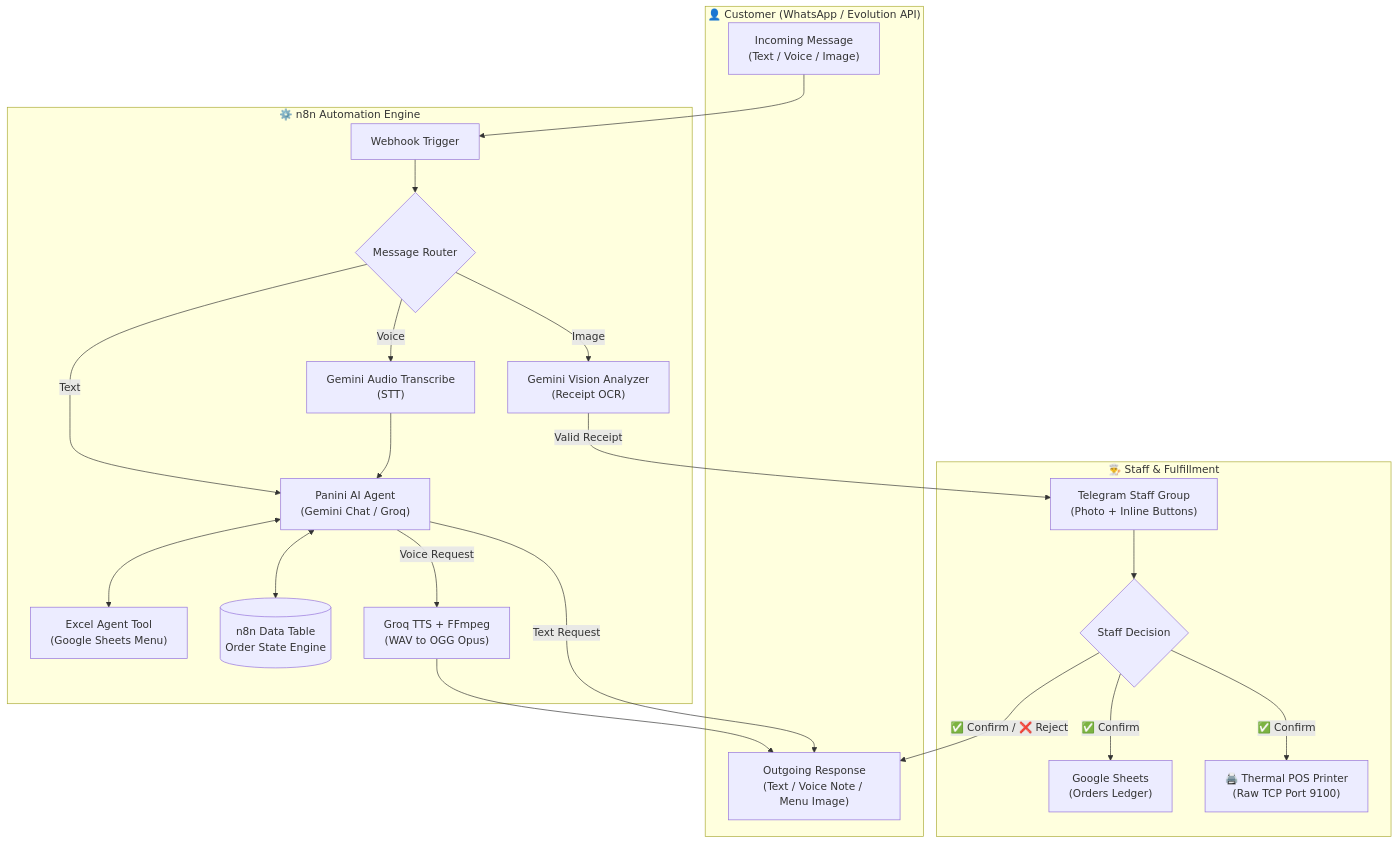
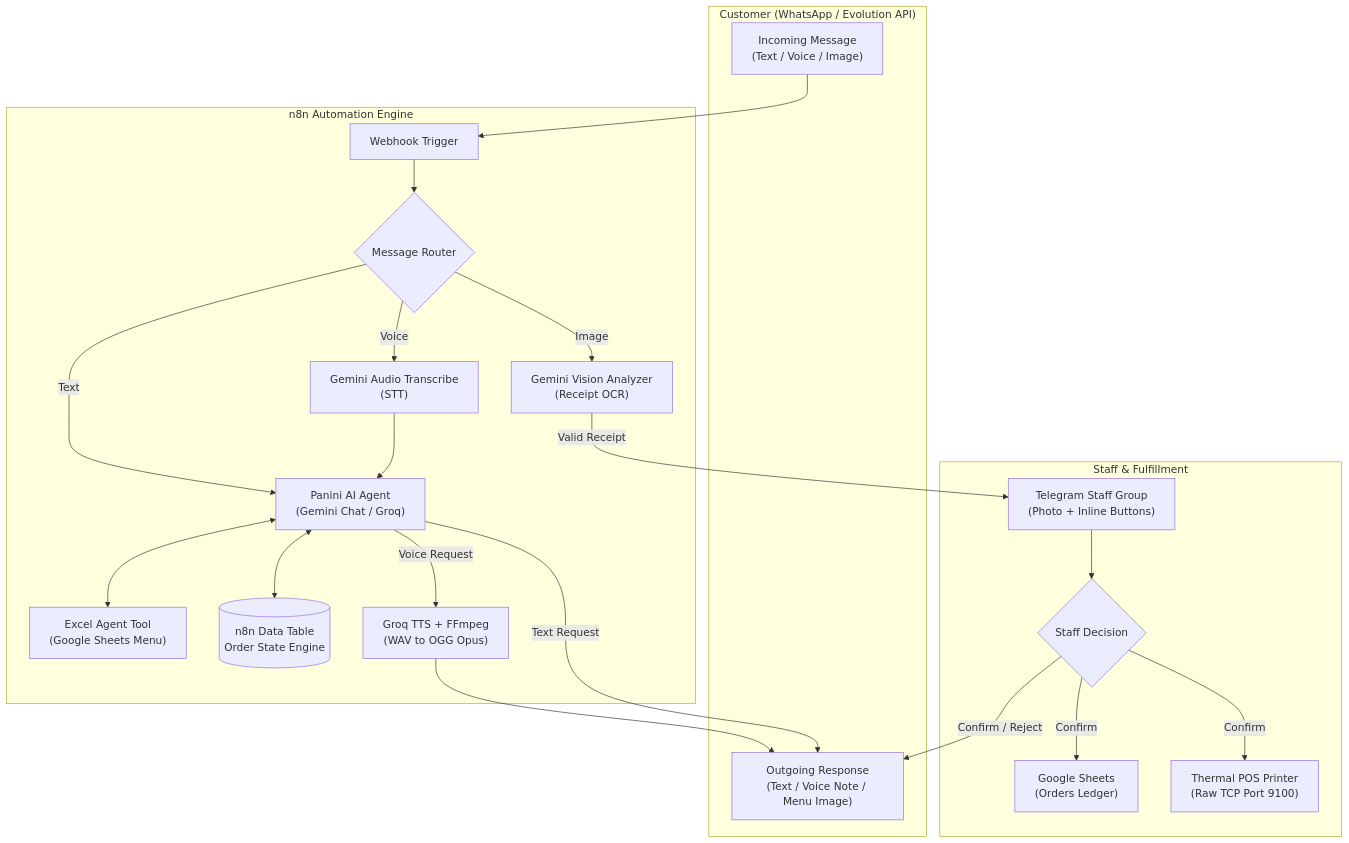
Before and after one commit to Al-Aasar/Panini_n8n_workflow: the diagram in README.md, drawn with Mermaid. The commit also changed other lines of this file, not shown here.

````diff
--- a/README.md
+++ b/README.md
@@ -32,43 +32,43 @@
 ```mermaid
 flowchart TD
-    subgraph Customer ["👤 Customer (WhatsApp / Evolution API)"]
+    subgraph Customer ["Customer (WhatsApp / Evolution API)"]
         Inbound["Incoming Message\n(Text / Voice / Image)"]
         Outbound["Outgoing Response\n(Text / Voice Note / Menu Image)"]
     end
 
-    subgraph Orchestration ["⚙️ n8n Automation Engine"]
+    subgraph Orchestration ["n8n Automation Engine"]
         Webhook["Webhook Trigger"]
         Router{"Message Router"}
         GeminiSTT["Gemini Audio Transcribe\n(STT)"]
         GeminiVision["Gemini Vision Analyzer\n(Receipt OCR)"]
         AIAgent["Panini AI Agent\n(Gemini Chat / Groq)"]
         MenuTool["Excel Agent Tool\n(Google Sheets Menu)"]
         OrderDB[("n8n Data Table\nOrder State Engine")]
         TTS["Groq TTS + FFmpeg\n(WAV to OGG Opus)"]
     end
 
-    subgraph StaffOperations ["👨‍🍳 Staff & Fulfillment"]
+    subgraph StaffOperations ["Staff & Fulfillment"]
         Telegram["Telegram Staff Group\n(Photo + Inline Buttons)"]
         Decision{"Staff Decision"}
         OrdersSheet["Google Sheets\n(Orders Ledger)"]
-        POSPrinter["🖨️ Thermal POS Printer\n(Raw TCP Port 9100)"]
+        POSPrinter["Thermal POS Printer\n(Raw TCP Port 9100)"]
     end
 
     Inbound --> Webhook --> Router
     Router -- "Text" --> AIAgent
     Router -- "Voice" --> GeminiSTT --> AIAgent
     Router -- "Image" --> GeminiVision
 
     AIAgent <--> MenuTool
     AIAgent <--> OrderDB
 
     AIAgent -- "Voice Request" --> TTS --> Outbound
     AIAgent -- "Text Request" --> Outbound
 
     GeminiVision -->|"Valid Receipt"| Telegram
     Telegram --> Decision
 
-    Decision -- "✅ Confirm" --> OrdersSheet
-    Decision -- "✅ Confirm" --> POSPrinter
-    Decision -- "✅ Confirm / ❌ Reject" --> Outbound
+    Decision -- "Confirm" --> OrdersSheet
+    Decision -- "Confirm" --> POSPrinter
+    Decision -- "Confirm / Reject" --> Outbound
 ```
````
